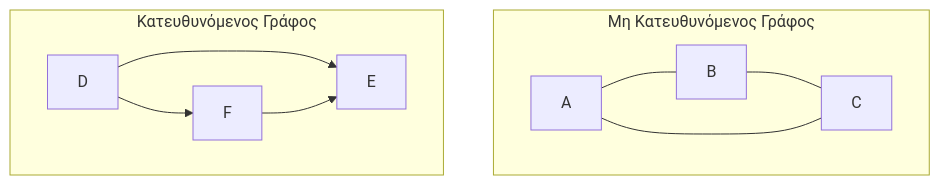
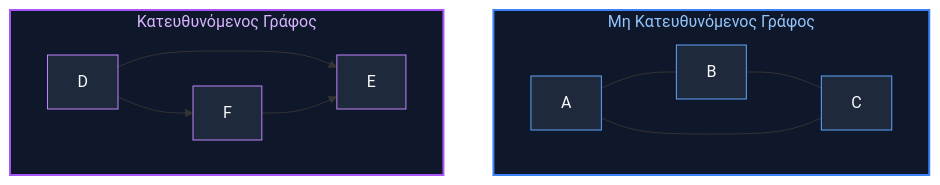
The first of 7 diagrams in Year_1/Semester_2/DISCRETE_MATHEMATICS/Resources/Notes/06_graph_theory.md (PanagopoulosNikolaos/DitOpenNotes), drawn with Mermaid before and after one commit. The commit also changed other lines of this file and 6 other files, not shown here.

````diff
--- a/Year_1/Semester_2/DISCRETE_MATHEMATICS/Resources/Notes/06_graph_theory.md
+++ b/Year_1/Semester_2/DISCRETE_MATHEMATICS/Resources/Notes/06_graph_theory.md
@@ -18,13 +18,22 @@
 ```mermaid
 graph TD
-    subgraph Μη Κατευθυνόμενος Γράφος
+    subgraph Undirected ["Μη Κατευθυνόμενος Γράφος"]
         A --- B
         B --- C
         C --- A
     end
-    subgraph Κατευθυνόμενος Γράφος
+    subgraph Directed ["Κατευθυνόμενος Γράφος"]
         D --> E
         F --> E
         D --> F
     end
+
+    style Undirected fill:#0f172a,stroke:#3b82f6,stroke-width:2px,color:#93c5fd
+    style Directed fill:#0f172a,stroke:#a855f7,stroke-width:2px,color:#d8b4fe
+    style A fill:#1e293b,stroke:#60a5fa,color:#f8fafc
+    style B fill:#1e293b,stroke:#60a5fa,color:#f8fafc
+    style C fill:#1e293b,stroke:#60a5fa,color:#f8fafc
+    style D fill:#1e293b,stroke:#c084fc,color:#f8fafc
+    style E fill:#1e293b,stroke:#c084fc,color:#f8fafc
+    style F fill:#1e293b,stroke:#c084fc,color:#f8fafc
 ```
````
